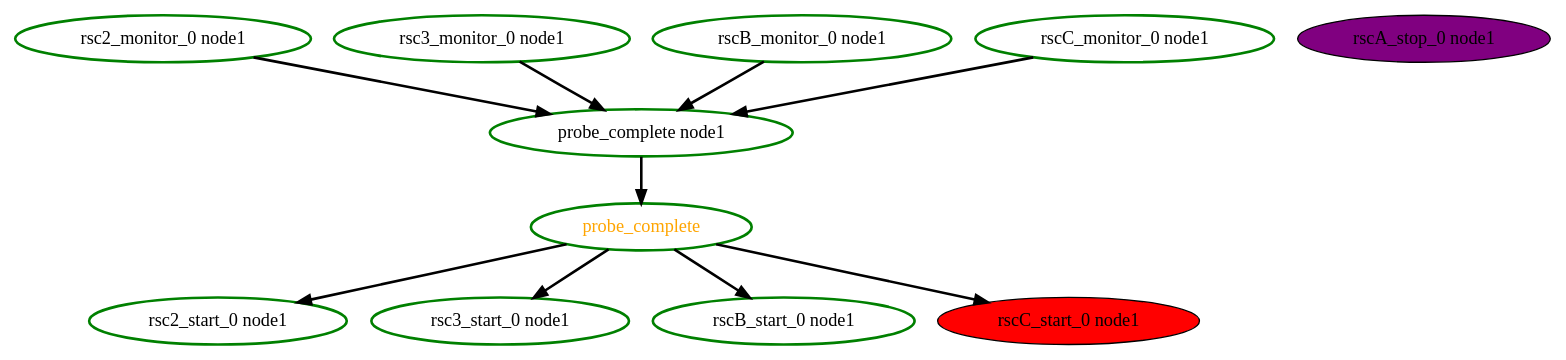
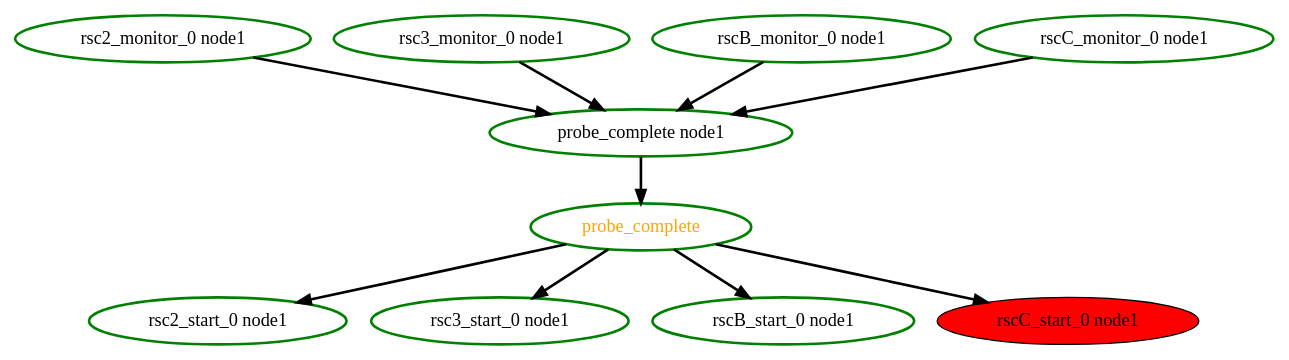
One commit to richiewen8/heartbeat changed the diagram in crm/pengine/testcases/order7.dot. Above: the diagram before and after it, drawn with Graphviz. The commit also changed 9 other files, not shown here.

Commit message:
PE: Only show elements of the graph in the dot-file by default

```diff
--- a/crm/pengine/testcases/order7.dot
+++ b/crm/pengine/testcases/order7.dot
@@ -1,22 +1,21 @@
  digraph "g" {
 "probe_complete node1" -> "probe_complete" [ style = bold]
 "probe_complete node1" [ style=bold color="green" fontcolor="black" ]
 "probe_complete" -> "rsc2_start_0 node1" [ style = bold]
 "probe_complete" -> "rsc3_start_0 node1" [ style = bold]
 "probe_complete" -> "rscB_start_0 node1" [ style = bold]
 "probe_complete" -> "rscC_start_0 node1" [ style = bold]
 "probe_complete" [ style=bold color="green" fontcolor="orange" ]
 "rsc2_monitor_0 node1" -> "probe_complete node1" [ style = bold]
 "rsc2_monitor_0 node1" [ style=bold color="green" fontcolor="black" ]
 "rsc2_start_0 node1" [ style=bold color="green" fontcolor="black" ]
 "rsc3_monitor_0 node1" -> "probe_complete node1" [ style = bold]
 "rsc3_monitor_0 node1" [ style=bold color="green" fontcolor="black" ]
 "rsc3_start_0 node1" [ style=bold color="green" fontcolor="black" ]
-"rscA_stop_0 node1" [ style=filled color="black" fontcolor="black"  fillcolor=purple]
 "rscB_monitor_0 node1" -> "probe_complete node1" [ style = bold]
 "rscB_monitor_0 node1" [ style=bold color="green" fontcolor="black" ]
 "rscB_start_0 node1" [ style=bold color="green" fontcolor="black" ]
 "rscC_monitor_0 node1" -> "probe_complete node1" [ style = bold]
 "rscC_monitor_0 node1" [ style=bold color="green" fontcolor="black" ]
 "rscC_start_0 node1" [ style=filled color="black" fontcolor="black"  fillcolor=red]
 }
```
